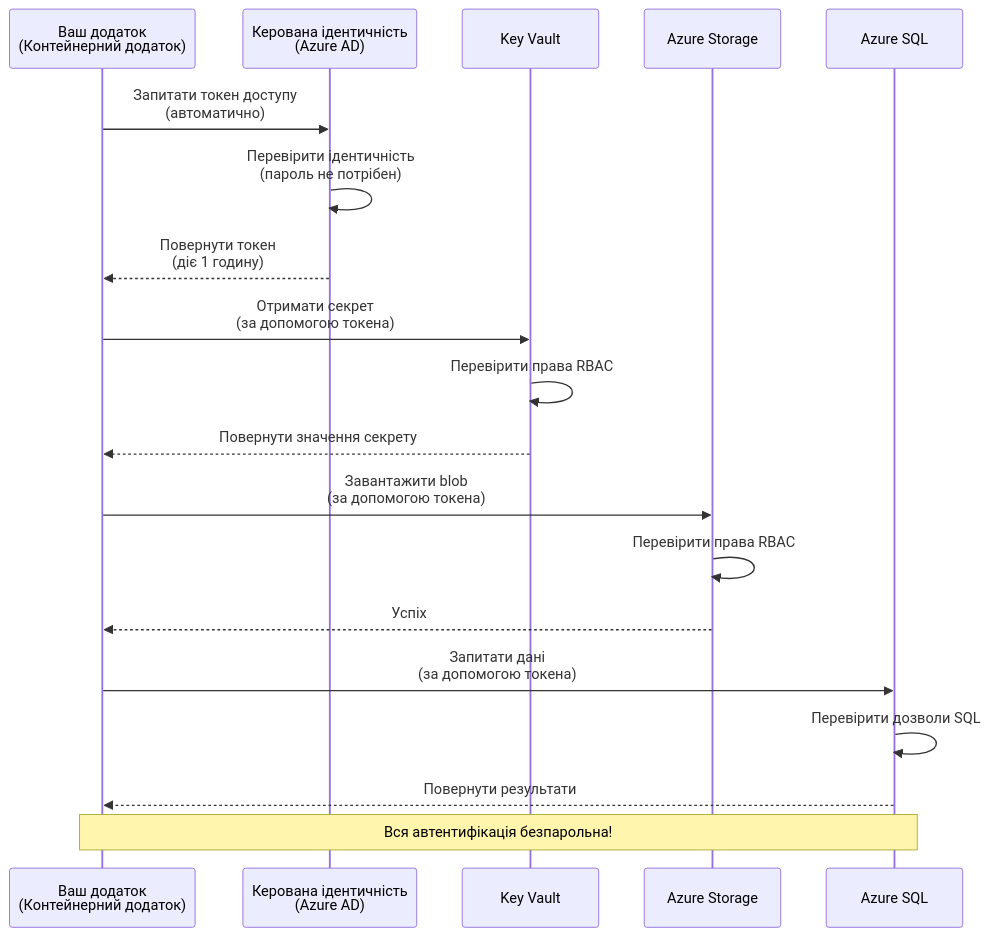
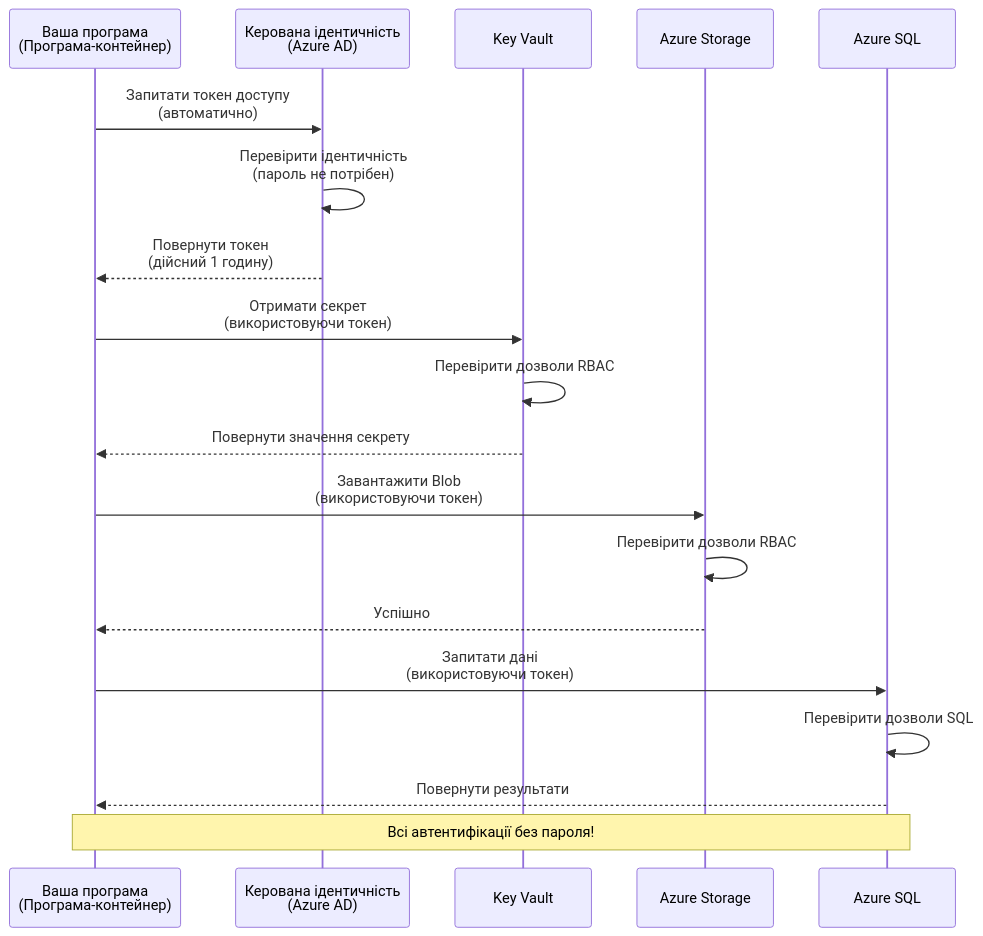
Before and after one commit to microsoft/AZD-for-beginners: the first of 2 diagrams in translations/uk/docs/chapter-03-configuration/authsecurity.md, drawn with Mermaid. The commit also changed other lines of this file and 101 other files, not shown here.

````diff
--- a/translations/uk/docs/chapter-03-configuration/authsecurity.md
+++ b/translations/uk/docs/chapter-03-configuration/authsecurity.md
@@ -69,26 +69,26 @@
 ```mermaid
 sequenceDiagram
-    participant App as Ваш додаток<br/>(Контейнерний додаток)
+    participant App as Ваша програма<br/>(Програма-контейнер)
     participant MI as Керована ідентичність<br/>(Azure AD)
     participant KV as Key Vault
     participant Storage as Azure Storage
     participant DB as Azure SQL
     
     App->>MI: Запитати токен доступу<br/>(автоматично)
     MI->>MI: Перевірити ідентичність<br/>(пароль не потрібен)
-    MI-->>App: Повернути токен<br/>(діє 1 годину)
+    MI-->>App: Повернути токен<br/>(дійсний 1 годину)
     
-    App->>KV: Отримати секрет<br/>(за допомогою токена)
-    KV->>KV: Перевірити права RBAC
+    App->>KV: Отримати секрет<br/>(використовуючи токен)
+    KV->>KV: Перевірити дозволи RBAC
     KV-->>App: Повернути значення секрету
     
-    App->>Storage: Завантажити blob<br/>(за допомогою токена)
-    Storage->>Storage: Перевірити права RBAC
-    Storage-->>App: Успіх
+    App->>Storage: Завантажити Blob<br/>(використовуючи токен)
+    Storage->>Storage: Перевірити дозволи RBAC
+    Storage-->>App: Успішно
     
-    App->>DB: Запитати дані<br/>(за допомогою токена)
+    App->>DB: Запитати дані<br/>(використовуючи токен)
     DB->>DB: Перевірити дозволи SQL
     DB-->>App: Повернути результати
     
-    Note over App,DB: Вся автентифікація безпарольна!
+    Note over App,DB: Всі автентифікації без пароля!
 ```
````
